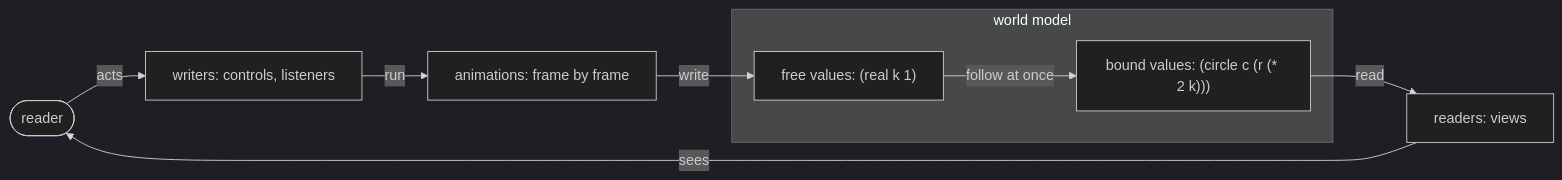
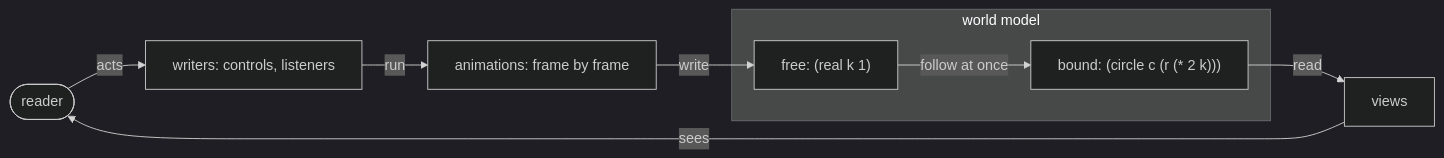
One commit to aris-pub/mathterpiece changed the third of 3 diagrams in docs/data-model.md. Above: the diagram before and after it, drawn with Mermaid (dark theme). The commit also changed other lines of this file and 5 other files, not shown here.

````diff
--- a/docs/data-model.md
+++ b/docs/data-model.md
@@ -114,11 +117,11 @@
 ```mermaid
 flowchart LR
   reader([reader]) -->|acts| writers["writers: controls, listeners"]
   writers -->|run| animations["animations: frame by frame"]
   subgraph wm [world model]
-    free["free values: (real k 1)"] -->|follow at once| bound["bound values: (circle c (r (* 2 k)))"]
+    free["free: (real k 1)"] -->|follow at once| bound["bound: (circle c (r (* 2 k)))"]
   end
   animations -->|write| free
-  bound -->|read| readers["readers: views"]
-  readers -->|sees| reader
+  bound -->|read| views["views"]
+  views -->|sees| reader
 ```
````
